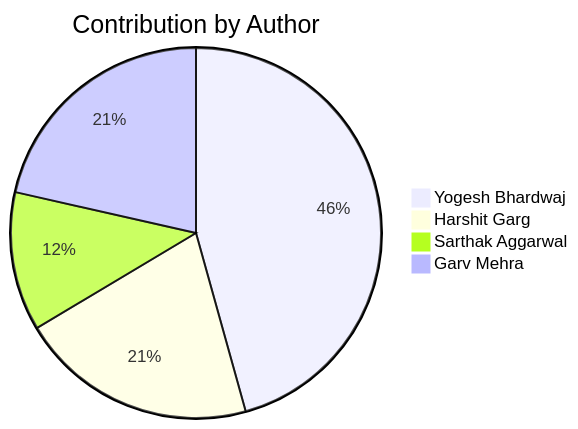
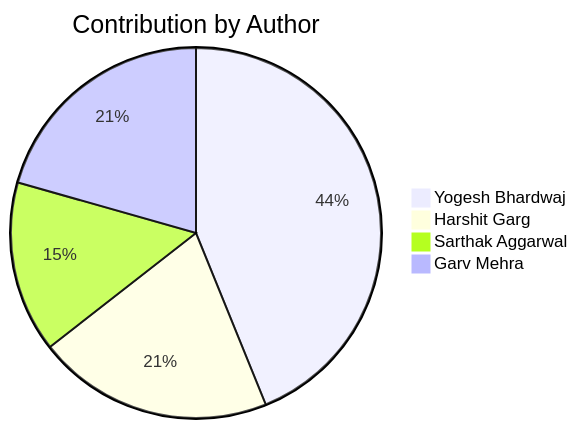
One commit to Yogesh-Bhardwaj-hue/Scm-Final_2.0 changed the second of 2 diagrams in README.md. Above: the diagram before and after it, drawn with Mermaid. The commit also changed other lines of this file, not shown here.

Commit message:
fjhoxhmmLfTb

````diff
--- a/README.md
+++ b/README.md
@@ -190,7 +190,7 @@
 ```mermaid
 pie title Contribution by Author
     "Yogesh Bhardwaj": 132
-    "Harshit Garg": 60
-    "Sarthak Aggarwal": 35
+    "Harshit Garg": 62
+    "Sarthak Aggarwal": 45
     "Garv Mehra": 62
 ```
````
